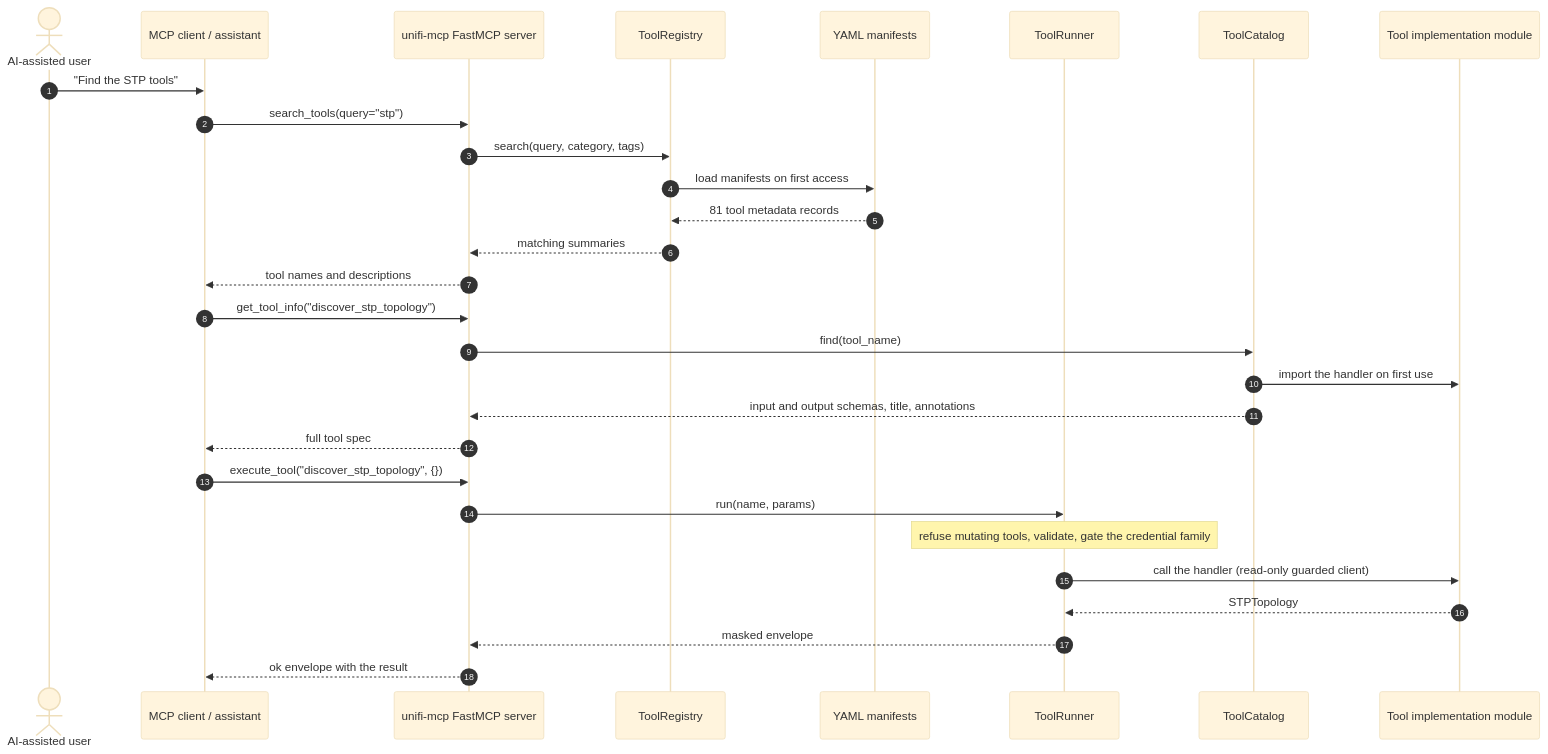
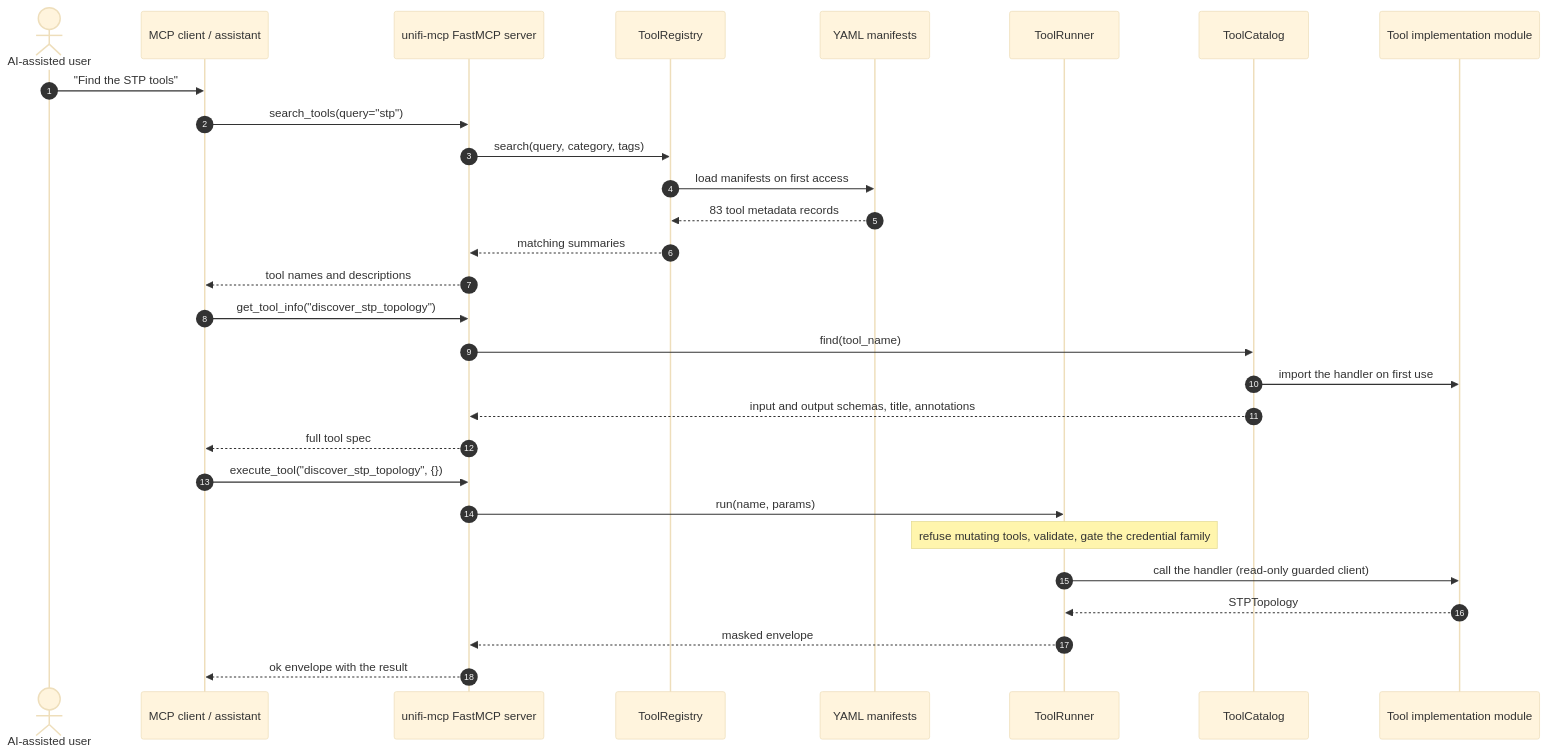
Diagram 26 of 26 in docs/architecture/c4-architecture.md (NetDevAutomate/unifi_management_cli), drawn with Mermaid (base theme) before and after one commit. The commit also changed other lines of this file and 17 other files, not shown here.

````diff
--- a/docs/architecture/c4-architecture.md
+++ b/docs/architecture/c4-architecture.md
@@ -1271,32 +1271,32 @@
 ```mermaid
 sequenceDiagram
     autonumber
     actor User as AI-assisted user
     participant Assistant as MCP client / assistant
     participant Server as unifi-mcp FastMCP server
     participant Registry as ToolRegistry
     participant Manifest as YAML manifests
     participant Runner as ToolRunner
     participant Catalog as ToolCatalog
     participant Tool as Tool implementation module
 
     User->>Assistant: "Find the STP tools"
     Assistant->>Server: search_tools(query="stp")
     Server->>Registry: search(query, category, tags)
     Registry->>Manifest: load manifests on first access
-    Manifest-->>Registry: 81 tool metadata records
+    Manifest-->>Registry: 83 tool metadata records
     Registry-->>Server: matching summaries
     Server-->>Assistant: tool names and descriptions
     Assistant->>Server: get_tool_info("discover_stp_topology")
     Server->>Catalog: find(tool_name)
     Catalog->>Tool: import the handler on first use
     Catalog-->>Server: input and output schemas, title, annotations
     Server-->>Assistant: full tool spec
     Assistant->>Server: execute_tool("discover_stp_topology", {})
     Server->>Runner: run(name, params)
     Note over Runner: refuse mutating tools, validate, gate the credential family
     Runner->>Tool: call the handler (read-only guarded client)
     Tool-->>Runner: STPTopology
     Runner-->>Server: masked envelope
     Server-->>Assistant: ok envelope with the result
 ```
````
